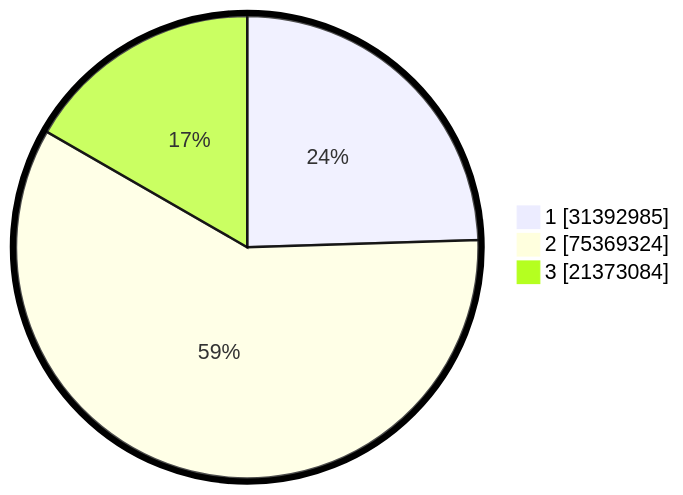
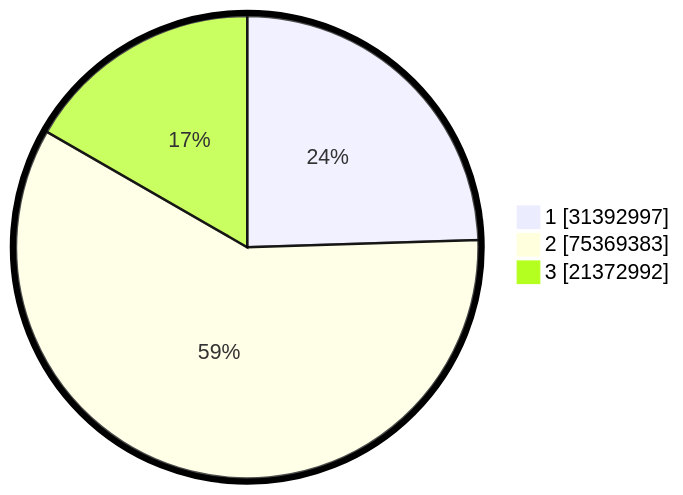
One commit to gigit-pemilu/pemilu-2024 changed the second of 2 diagrams in pilpres/hitung-suara/README.md. Above: the diagram before and after it, drawn with Mermaid. The commit also changed other lines of this file and 9 other files, not shown here.

````diff
--- a/pilpres/hitung-suara/README.md
+++ b/pilpres/hitung-suara/README.md
@@ -93,7 +93,7 @@
 ```mermaid
 %%{init: {"pie": {"textPosition": 0.5}, "themeVariables": {"pieOuterStrokeWidth": "5px"}} }%%
 pie showData
-    "1" : 31392985
-    "2" : 75369324
-    "3" : 21373084
+    "1" : 31392997
+    "2" : 75369383
+    "3" : 21372992
 ```
````
